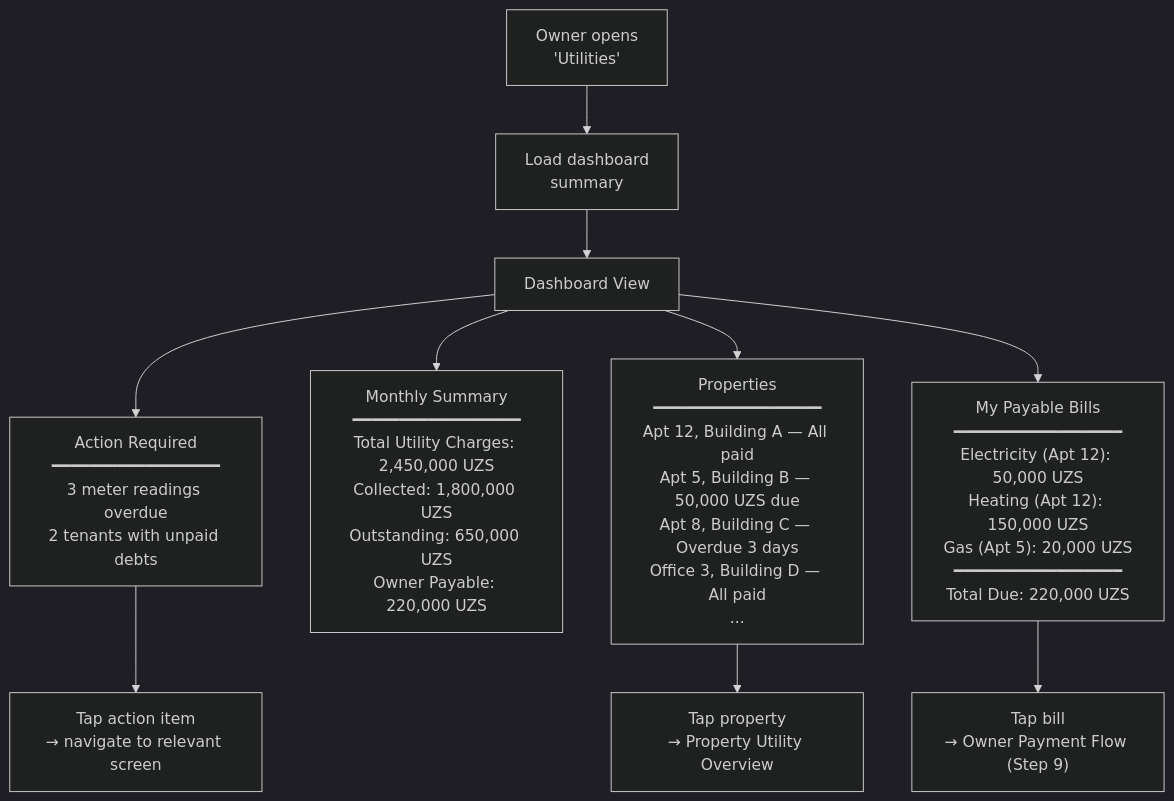
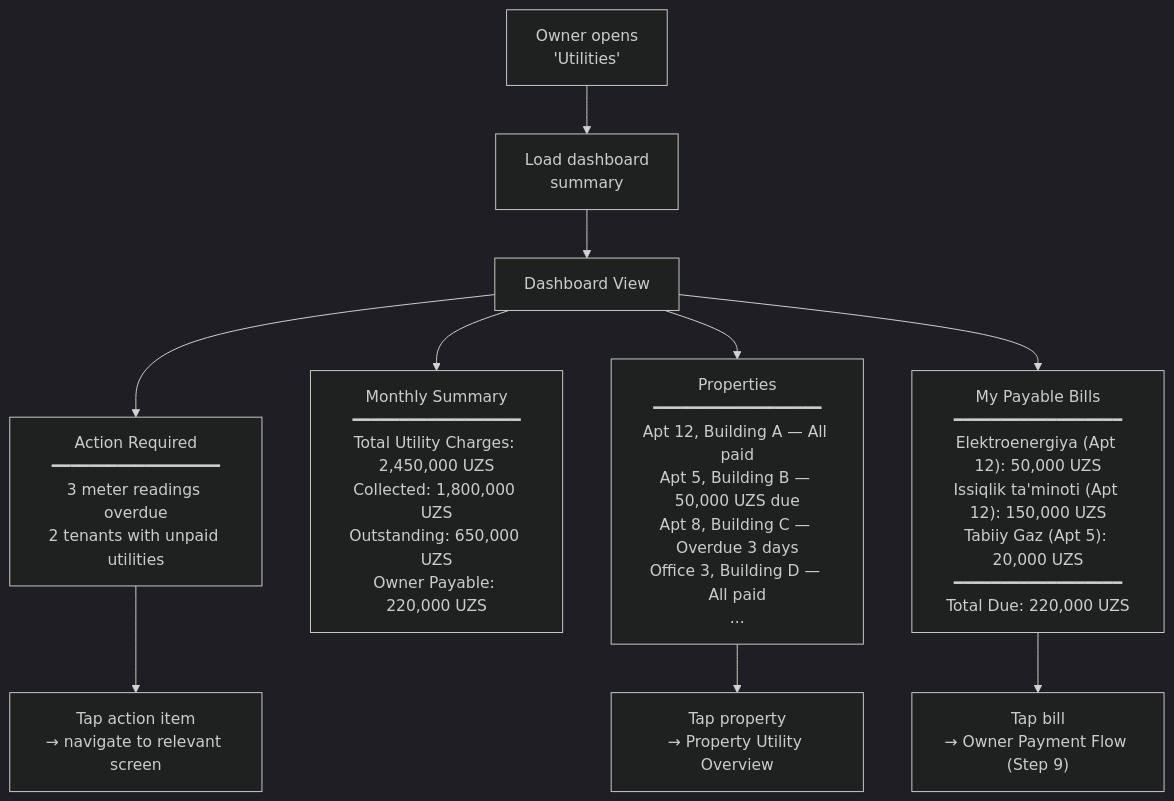
Before and after one commit to saodatm-dev/Utilities---Informational-Architecture: the second of 11 diagrams in Utilities - Business Owner.md, drawn with Mermaid (dark theme). The commit also changed other lines of this file and 1 other file, not shown here.

Commit message:
refactor: Localize utility names to Uzbek, consolidate feature tiers, remove payment service integration, and refine payment flow details.

````diff
--- a/Utilities - Business Owner.md
+++ b/Utilities - Business Owner.md
@@ -67,18 +67,18 @@
 ```mermaid
 flowchart TD
     OPEN["Owner opens<br/>'Utilities'"] --> LOAD["Load dashboard<br/>summary"]
 
     LOAD --> DASH["Dashboard View"]
 
-    DASH --> SECTION_A["Action Required<br/>━━━━━━━━━━━━━━━━━━<br/>3 meter readings overdue<br/>2 tenants with unpaid debts"]
+    DASH --> SECTION_A["Action Required<br/>━━━━━━━━━━━━━━━━━━<br/>3 meter readings overdue<br/>2 tenants with unpaid utilities"]
 
     DASH --> SECTION_B["Monthly Summary<br/>━━━━━━━━━━━━━━━━━━<br/>Total Utility Charges: 2,450,000 UZS<br/>Collected: 1,800,000 UZS<br/>Outstanding: 650,000 UZS<br/>Owner Payable: 220,000 UZS"]
 
     DASH --> SECTION_C["Properties<br/>━━━━━━━━━━━━━━━━━━<br/>Apt 12, Building A — All paid<br/>Apt 5, Building B — 50,000 UZS due<br/>Apt 8, Building C — Overdue 3 days<br/>Office 3, Building D — All paid<br/>..."]
 
-    DASH --> SECTION_D["My Payable Bills<br/>━━━━━━━━━━━━━━━━━━<br/>Electricity (Apt 12): 50,000 UZS<br/>Heating (Apt 12): 150,000 UZS<br/>Gas (Apt 5): 20,000 UZS<br/>━━━━━━━━━━━━━━━━━━<br/>Total Due: 220,000 UZS"]
+    DASH --> SECTION_D["My Payable Bills<br/>━━━━━━━━━━━━━━━━━━<br/>Elektroenergiya (Apt 12): 50,000 UZS<br/>Issiqlik ta'minoti (Apt 12): 150,000 UZS<br/>Tabiiy Gaz (Apt 5): 20,000 UZS<br/>━━━━━━━━━━━━━━━━━━<br/>Total Due: 220,000 UZS"]
 
     SECTION_A --> TAP_ACTION["Tap action item<br/>→ navigate to relevant screen"]
     SECTION_C --> TAP_PROP["Tap property<br/>→ Property Utility Overview"]
     SECTION_D --> TAP_BILL["Tap bill<br/>→ Owner Payment Flow (Step 9)"]
 ```
````
